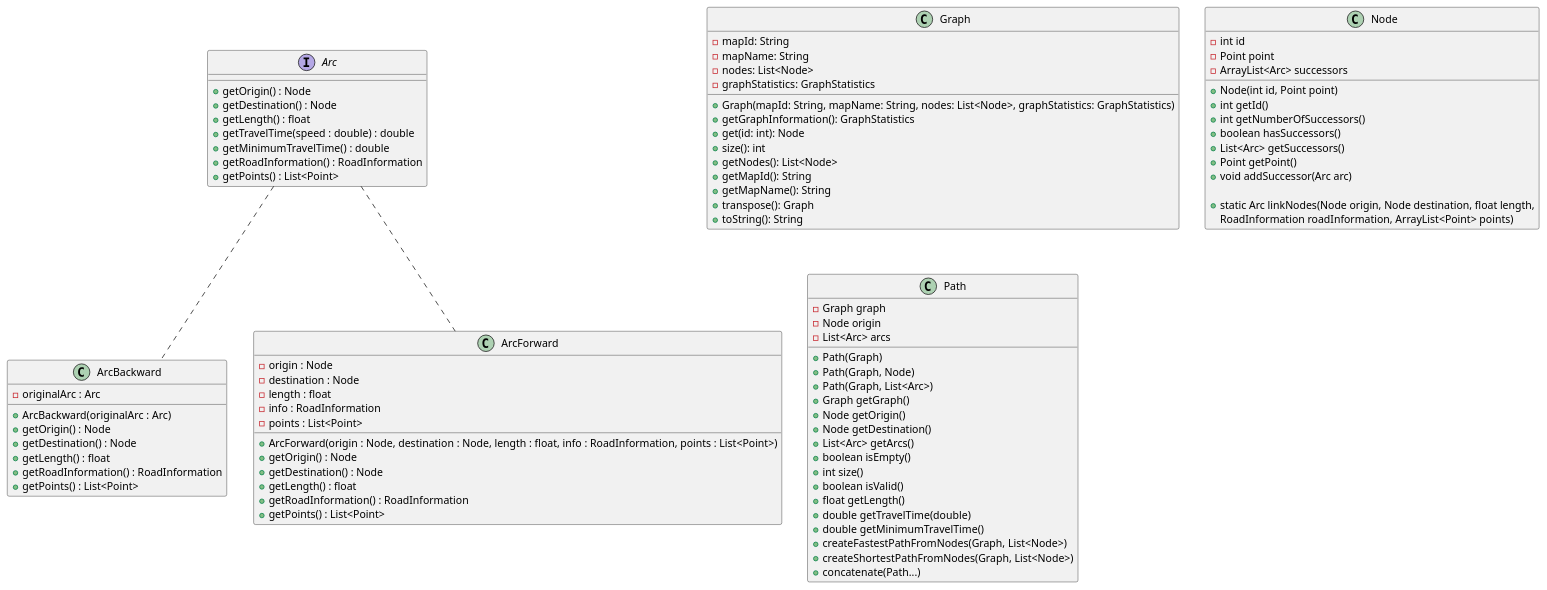
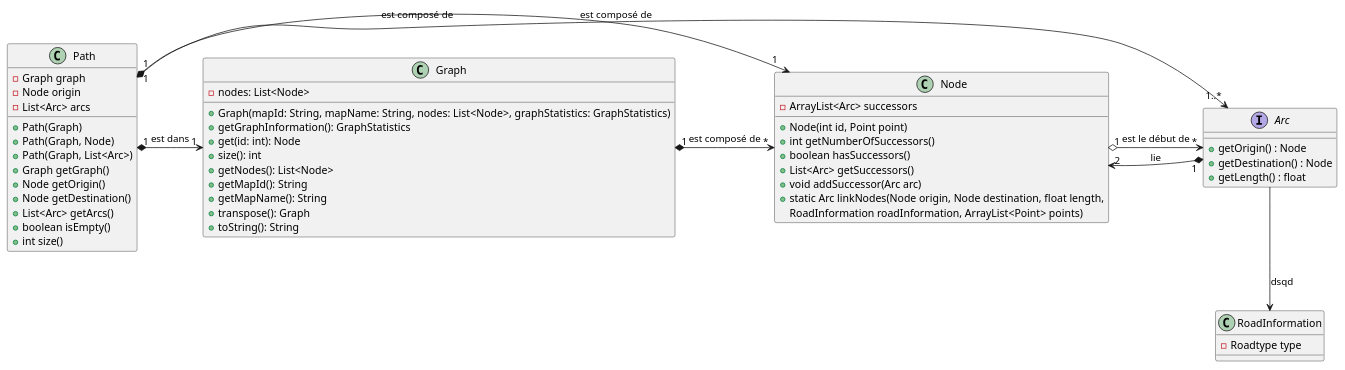
One commit to Igor-Bzk/be-graphes changed the diagram in diagramme-classes.puml. Above: the diagram before and after it, drawn with PlantUML. The commit also changed 1 other file, not shown here.

Commit message:
shortestPath et fastestPath

```diff
--- a/diagramme-classes.puml
+++ b/diagramme-classes.puml
@@ -1,99 +1,65 @@
-@startuml
+@startuml graphes
 
 class Graph {
-    - mapId: String
-    - mapName: String
     - nodes: List<Node>
-    - graphStatistics: GraphStatistics
 
     + Graph(mapId: String, mapName: String, nodes: List<Node>, graphStatistics: GraphStatistics)
     + getGraphInformation(): GraphStatistics
     + get(id: int): Node
     + size(): int
     + getNodes(): List<Node>
     + getMapId(): String
     + getMapName(): String
     + transpose(): Graph
     + toString(): String
 }
 
 interface Arc {
     + getOrigin() : Node
     + getDestination() : Node
     + getLength() : float
-    + getTravelTime(speed : double) : double
-    + getMinimumTravelTime() : double
-    + getRoadInformation() : RoadInformation
-    + getPoints() : List<Point>
-}
-
-class ArcBackward {
-    - originalArc : Arc
-    
-    + ArcBackward(originalArc : Arc)
-    + getOrigin() : Node
-    + getDestination() : Node
-    + getLength() : float
-    + getRoadInformation() : RoadInformation
-    + getPoints() : List<Point>
-}
-
-class ArcForward {
-    - origin : Node
-    - destination : Node
-    - length : float
-    - info : RoadInformation
-    - points : List<Point>
-    
-    + ArcForward(origin : Node, destination : Node, length : float, info : RoadInformation, points : List<Point>)
-    + getOrigin() : Node
-    + getDestination() : Node
-    + getLength() : float
-    + getRoadInformation() : RoadInformation
-    + getPoints() : List<Point>
 }
 
 class Node {
-    - int id
-    - Point point
     - ArrayList<Arc> successors
 
     + Node(int id, Point point)
-    + int getId()
     + int getNumberOfSuccessors()
     + boolean hasSuccessors()
     + List<Arc> getSuccessors()
-    + Point getPoint()
     + void addSuccessor(Arc arc)
-
     + static Arc linkNodes(Node origin, Node destination, float length,
             RoadInformation roadInformation, ArrayList<Point> points)
 }
 
 class Path {
     - Graph graph
     - Node origin
     - List<Arc> arcs
 
     + Path(Graph)
     + Path(Graph, Node)
     + Path(Graph, List<Arc>)
     + Graph getGraph()
     + Node getOrigin()
     + Node getDestination()
     + List<Arc> getArcs()
     + boolean isEmpty()
     + int size()
-    + boolean isValid()
-    + float getLength()
-    + double getTravelTime(double)
-    + double getMinimumTravelTime()
-    + createFastestPathFromNodes(Graph, List<Node>)
-    + createShortestPathFromNodes(Graph, List<Node>)
-    + concatenate(Path...)
 }
 
-ArcForward .up. Arc
-ArcBackward .up. Arc
+class RoadInformation{
+    - Roadtype type
+}
+
+Graph "1" *-> "*" Node : est composé de
+Node "1" o-> "*" Arc : est le début de
+Path "1" *-> "1" Node : est composé de
+Arc "1" *-> "2" Node : lie
+Path "1" *-> "1..*" Arc : est composé de 
+Path "1" *-> "1" Graph : est dans
+Arc --> RoadInformation : dsqd
+
+
 
 @enduml
```
